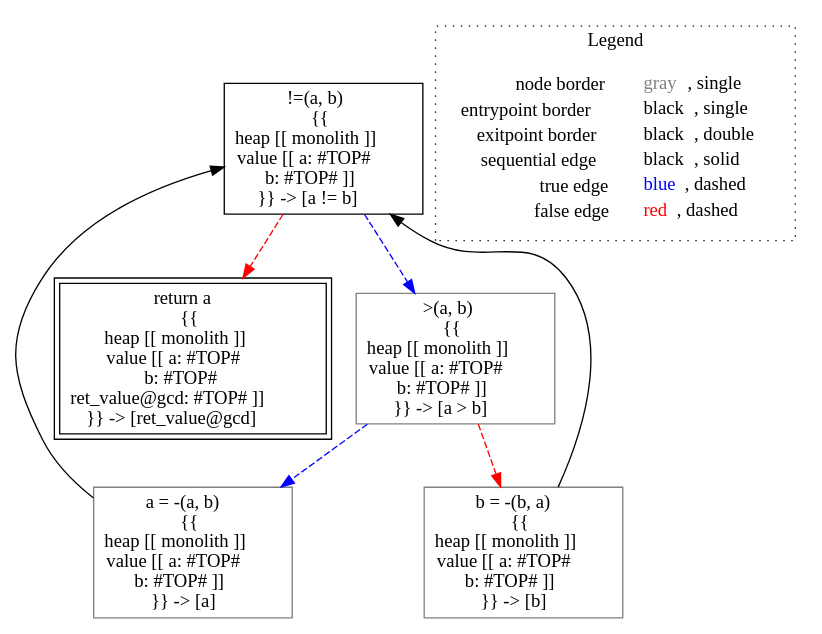
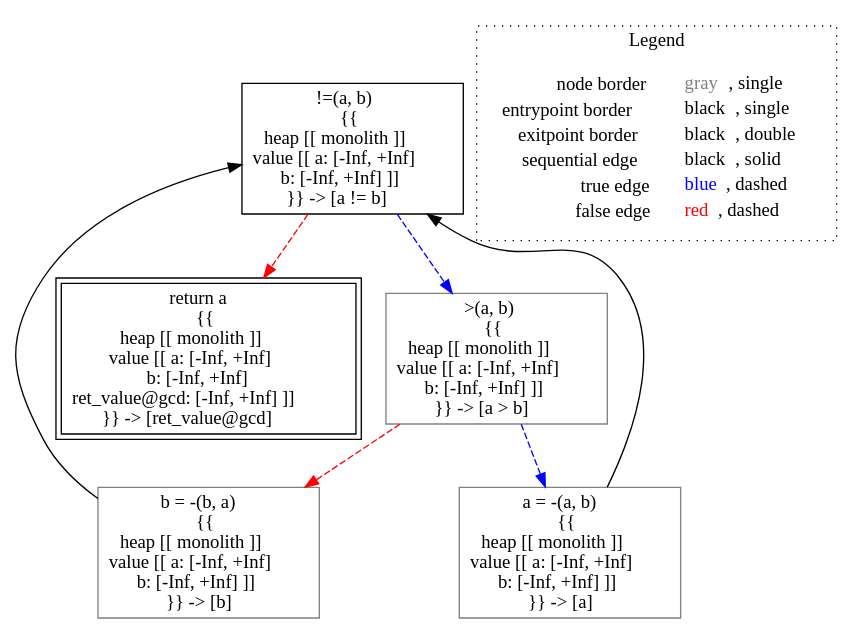
One commit to lisa-analyzer/lisa changed the diagram in lisa/imp-testcases/interval/analysis___untyped_tutorial.gcd(tutorial_this,_untyped_a,_untyped_b).dot. Above: the diagram before and after it, drawn with Graphviz. The commit also changed 17 other files, not shown here.

```diff
--- a/lisa/imp-testcases/interval/analysis___untyped_tutorial.gcd(tutorial_this,_untyped_a,_untyped_b).dot
+++ b/lisa/imp-testcases/interval/analysis___untyped_tutorial.gcd(tutorial_this,_untyped_a,_untyped_b).dot
@@ -1,20 +1,20 @@
 digraph {
-	"node0" [shape="rect",color="black",label=<!=(a, b)<BR/>{{<BR/>heap [[ monolith ]]<BR/>value [[ a: #TOP#<BR/>b: #TOP# ]]<BR/>}} -&gt; [a != b]>];
-	"node1" [shape="rect",color="gray",label=<a = -(a, b)<BR/>{{<BR/>heap [[ monolith ]]<BR/>value [[ a: #TOP#<BR/>b: #TOP# ]]<BR/>}} -&gt; [a]>];
-	"node2" [shape="rect",color="gray",label=<&gt;(a, b)<BR/>{{<BR/>heap [[ monolith ]]<BR/>value [[ a: #TOP#<BR/>b: #TOP# ]]<BR/>}} -&gt; [a &gt; b]>];
-	"node3" [shape="rect",color="gray",label=<b = -(b, a)<BR/>{{<BR/>heap [[ monolith ]]<BR/>value [[ a: #TOP#<BR/>b: #TOP# ]]<BR/>}} -&gt; [b]>];
-	"node4" [shape="rect",color="black",peripheries="2",label=<return a<BR/>{{<BR/>heap [[ monolith ]]<BR/>value [[ a: #TOP#<BR/>b: #TOP#<BR/>ret_value@gcd: #TOP# ]]<BR/>}} -&gt; [ret_value@gcd]>];
-	"node1" -> "node0" [color="black"];
-	"node0" -> "node2" [color="blue",style="dashed"];
-	"node0" -> "node4" [color="red",style="dashed"];
-	"node2" -> "node1" [color="blue",style="dashed"];
-	"node2" -> "node3" [color="red",style="dashed"];
+	"node0" [shape="rect",color="black",label=<!=(a, b)<BR/>{{<BR/>heap [[ monolith ]]<BR/>value [[ a: [-Inf, +Inf]<BR/>b: [-Inf, +Inf] ]]<BR/>}} -&gt; [a != b]>];
+	"node1" [shape="rect",color="gray",label=<&gt;(a, b)<BR/>{{<BR/>heap [[ monolith ]]<BR/>value [[ a: [-Inf, +Inf]<BR/>b: [-Inf, +Inf] ]]<BR/>}} -&gt; [a &gt; b]>];
+	"node2" [shape="rect",color="black",peripheries="2",label=<return a<BR/>{{<BR/>heap [[ monolith ]]<BR/>value [[ a: [-Inf, +Inf]<BR/>b: [-Inf, +Inf]<BR/>ret_value@gcd: [-Inf, +Inf] ]]<BR/>}} -&gt; [ret_value@gcd]>];
+	"node3" [shape="rect",color="gray",label=<b = -(b, a)<BR/>{{<BR/>heap [[ monolith ]]<BR/>value [[ a: [-Inf, +Inf]<BR/>b: [-Inf, +Inf] ]]<BR/>}} -&gt; [b]>];
+	"node4" [shape="rect",color="gray",label=<a = -(a, b)<BR/>{{<BR/>heap [[ monolith ]]<BR/>value [[ a: [-Inf, +Inf]<BR/>b: [-Inf, +Inf] ]]<BR/>}} -&gt; [a]>];
+	"node0" -> "node1" [color="blue",style="dashed"];
+	"node0" -> "node2" [color="red",style="dashed"];
+	"node1" -> "node3" [color="red",style="dashed"];
+	"node1" -> "node4" [color="blue",style="dashed"];
 	"node3" -> "node0" [color="black"];
+	"node4" -> "node0" [color="black"];
 subgraph cluster_legend {
 	label="Legend";
 	style=dotted;
 	node [shape=plaintext];
 	"legend" [label=<<table border="0" cellpadding="2" cellspacing="0" cellborder="0"><tr><td align="right">node border&nbsp;</td><td align="left"><font color="gray">gray</font>, single</td></tr><tr><td align="right">entrypoint border&nbsp;</td><td align="left"><font color="black">black</font>, single</td></tr><tr><td align="right">exitpoint border&nbsp;</td><td align="left"><font color="black">black</font>, double</td></tr><tr><td align="right">sequential edge&nbsp;</td><td align="left"><font color="black">black</font>, solid</td></tr><tr><td align="right">true edge&nbsp;</td><td align="left"><font color="blue">blue</font>, dashed</td></tr><tr><td align="right">false edge&nbsp;</td><td align="left"><font color="red">red</font>, dashed</td></tr></table>>];
 }
 
 }
```
